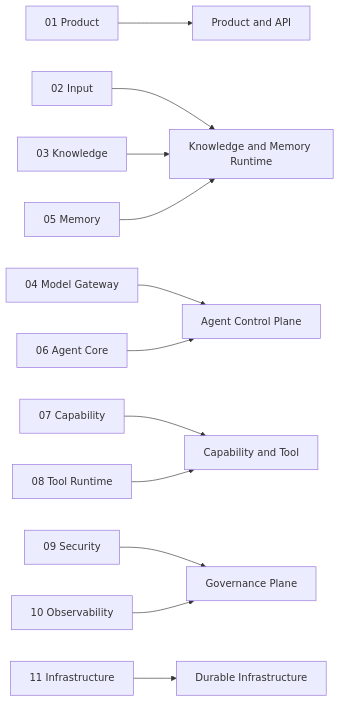
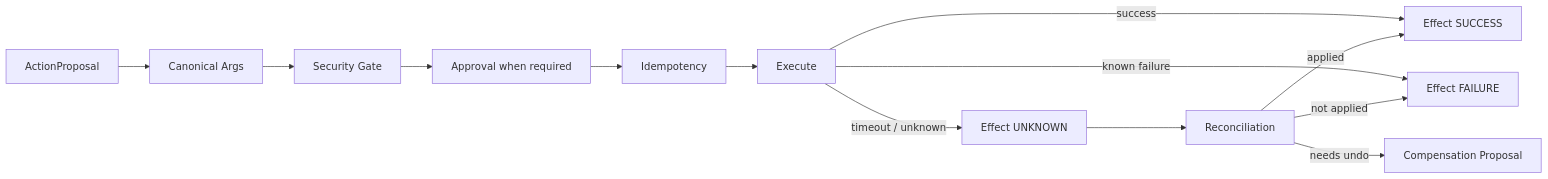
Before and after one commit to ProfessorZhi/Zuno: diagram 13 of 17 in docs/architecture/architecture-views.md, drawn with Mermaid. The commit also changed other lines of this file, not shown here.

Commit message:
docs(architecture): refresh architecture v2 visual atlas [agent=chatgpt model=gpt-5.6-thinking worker=chatgpt-architecture-v2-001]

````diff
--- a/docs/architecture/architecture-views.md
+++ b/docs/architecture/architecture-views.md
@@ -301,14 +343,15 @@
 ```mermaid
 flowchart LR
-  PS[01 Product] --> PD[Product and API]
-  IN[02 Input] --> KD[Knowledge and Memory Runtime]
-  KN[03 Knowledge] --> KD
-  MM[05 Memory] --> KD
-  MG[04 Model Gateway] --> AC[Agent Control Plane]
-  AG[06 Agent Core] --> AC
-  CP[07 Capability] --> TD[Capability and Tool]
-  TR[08 Tool Runtime] --> TD
-  SEC[09 Security] --> GD[Governance Plane]
-  OBS[10 Observability] --> GD
-  INF[11 Infrastructure] --> ID[Durable Infrastructure]
+    A[ActionProposal] --> C[Canonical Args]
+    C --> S[Security Gate]
+    S --> AP[Approval when required]
+    AP --> I[Idempotency]
+    I --> E[Execute]
+    E -->|success| SU[Effect SUCCESS]
+    E -->|known failure| FA[Effect FAILURE]
+    E -->|timeout / unknown| UN[Effect UNKNOWN]
+    UN --> R[Reconciliation]
+    R -->|applied| SU
+    R -->|not applied| FA
+    R -->|needs undo| CP[Compensation Proposal]
 ```
````
